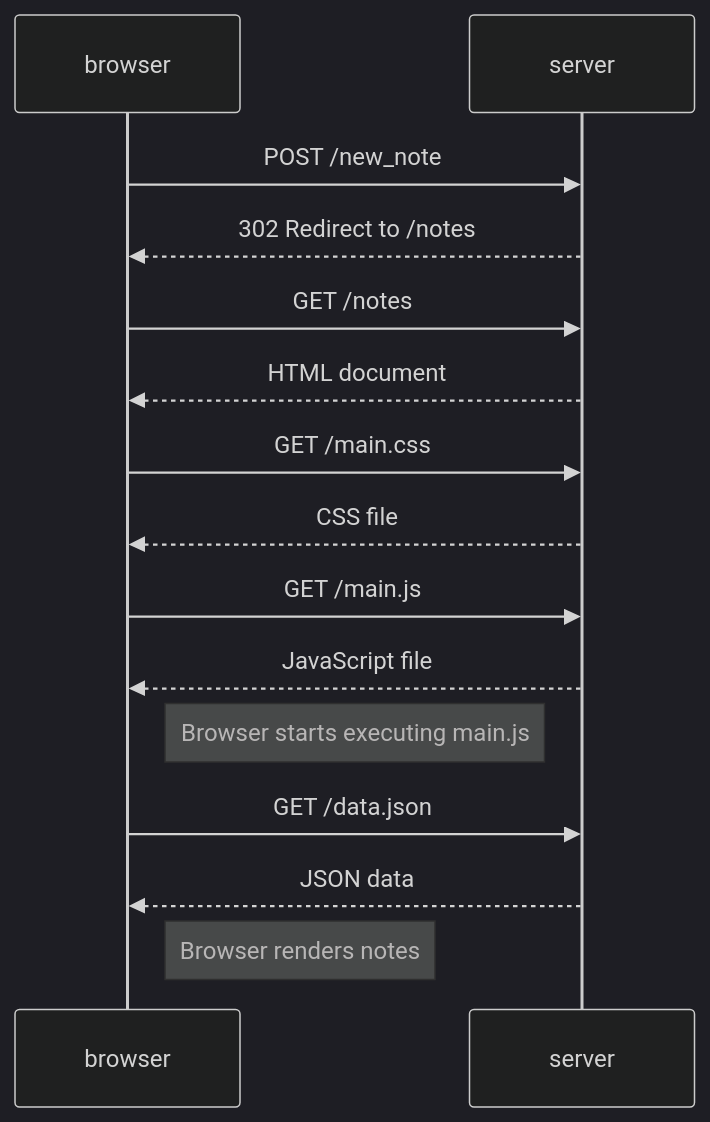
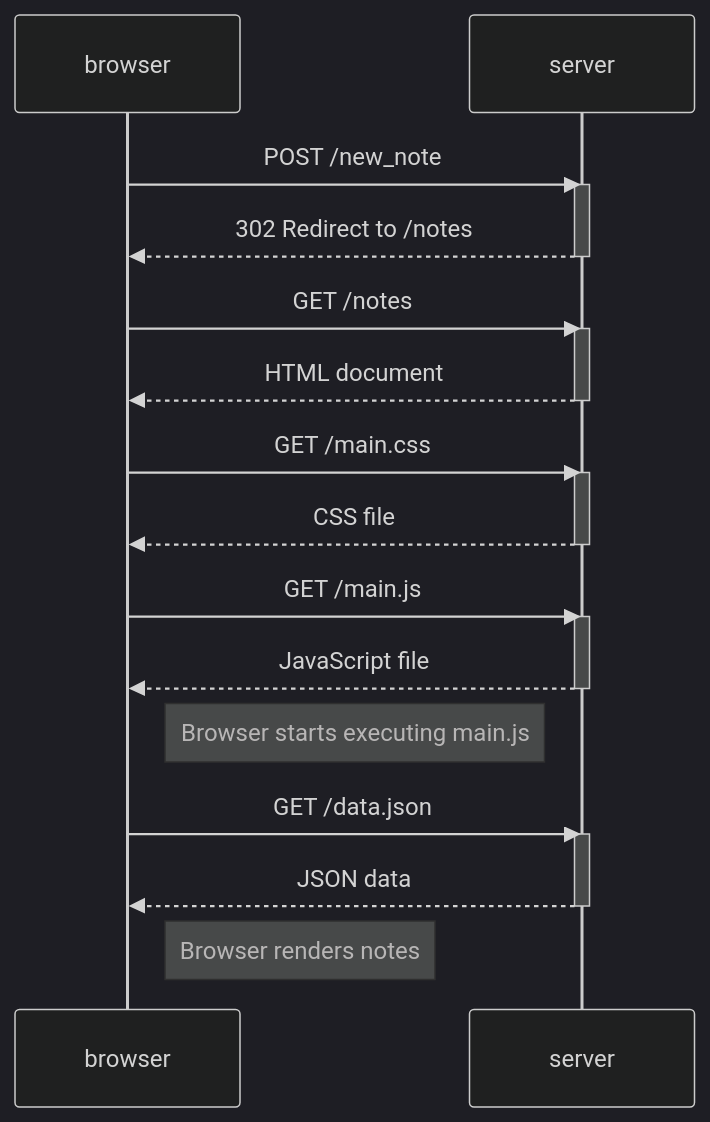
The diagram in part0/0.4.md (sudas098/fullstackopen), drawn with Mermaid (dark theme) before and after one commit.

````diff
--- a/part0/0.4.md
+++ b/part0/0.4.md
@@ -1,24 +1,34 @@
 ```mermaid
 sequenceDiagram
 participant browser
 participant server
 
 browser->>server: POST /new_note
+activate server
 server-->>browser: 302 Redirect to /notes
+deactivate server
 
 browser->>server: GET /notes
+activate server
 server-->>browser: HTML document
+deactivate server
 
 browser->>server: GET /main.css
+activate server
 server-->>browser: CSS file
+deactivate server
 
 browser->>server: GET /main.js
+activate server
 server-->>browser: JavaScript file
+deactivate server
 
 Note right of browser: Browser starts executing main.js
 
 browser->>server: GET /data.json
+activate server
 server-->>browser: JSON data
+deactivate server
 
 Note right of browser: Browser renders notes
 ```
````
